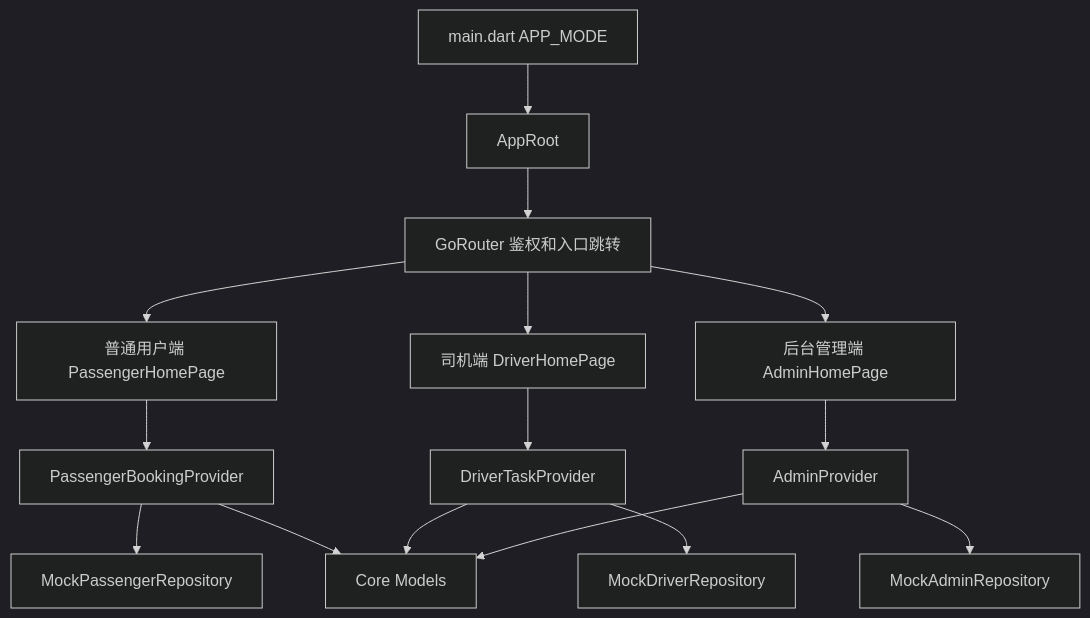
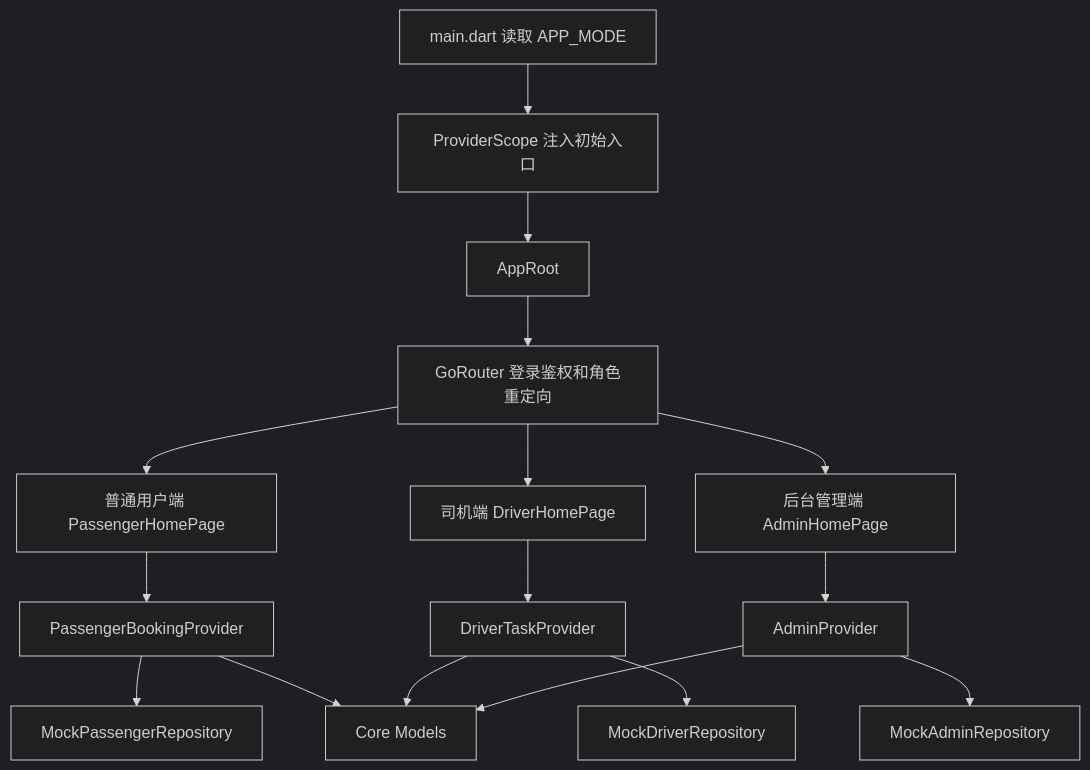
Before and after one commit to SFENVD/BUS-FLUTTER: the diagram in docs/03_项目设计.md, drawn with Mermaid (dark theme). The commit also changed other lines of this file and 20 other files, not shown here.

````diff
--- a/docs/03_项目设计.md
+++ b/docs/03_项目设计.md
@@ -21,17 +24,18 @@
 ```mermaid
 flowchart TB
-  A[main.dart APP_MODE] --> B[AppRoot]
-  B --> C[GoRouter 鉴权和入口跳转]
-  C --> D1[普通用户端 PassengerHomePage]
-  C --> D2[司机端 DriverHomePage]
-  C --> D3[后台管理端 AdminHomePage]
-  D1 --> E1[PassengerBookingProvider]
-  D2 --> E2[DriverTaskProvider]
-  D3 --> E3[AdminProvider]
-  E1 --> F1[MockPassengerRepository]
-  E2 --> F2[MockDriverRepository]
-  E3 --> F3[MockAdminRepository]
-  E1 --> G[Core Models]
-  E2 --> G
-  E3 --> G
+  A[main.dart 读取 APP_MODE] --> B[ProviderScope 注入初始入口]
+  B --> C[AppRoot]
+  C --> D[GoRouter 登录鉴权和角色重定向]
+  D --> E1[普通用户端 PassengerHomePage]
+  D --> E2[司机端 DriverHomePage]
+  D --> E3[后台管理端 AdminHomePage]
+  E1 --> F1[PassengerBookingProvider]
+  E2 --> F2[DriverTaskProvider]
+  E3 --> F3[AdminProvider]
+  F1 --> G1[MockPassengerRepository]
+  F2 --> G2[MockDriverRepository]
+  F3 --> G3[MockAdminRepository]
+  F1 --> H[Core Models]
+  F2 --> H
+  F3 --> H
 ```
````
